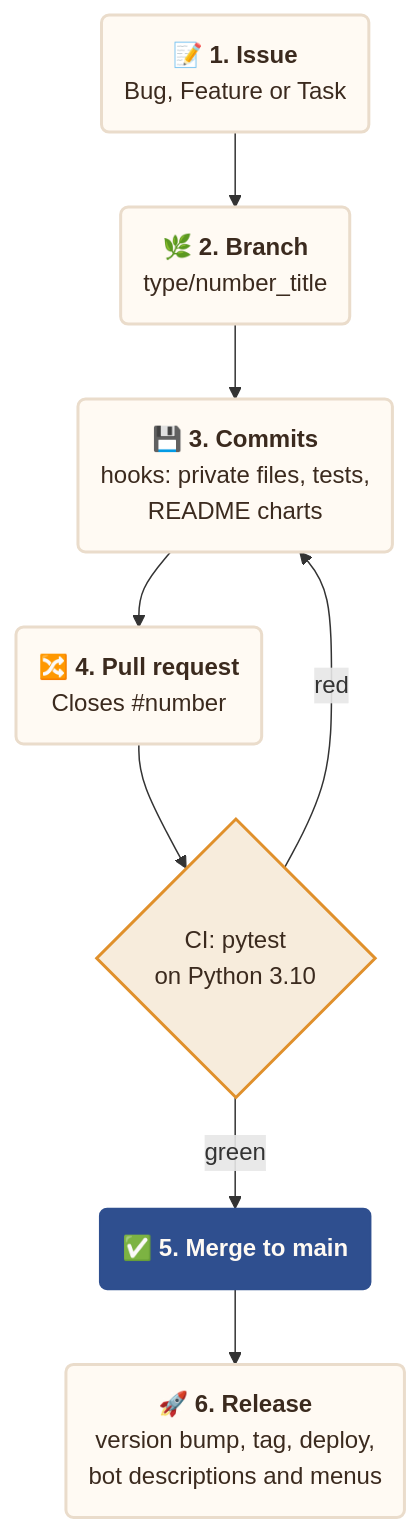
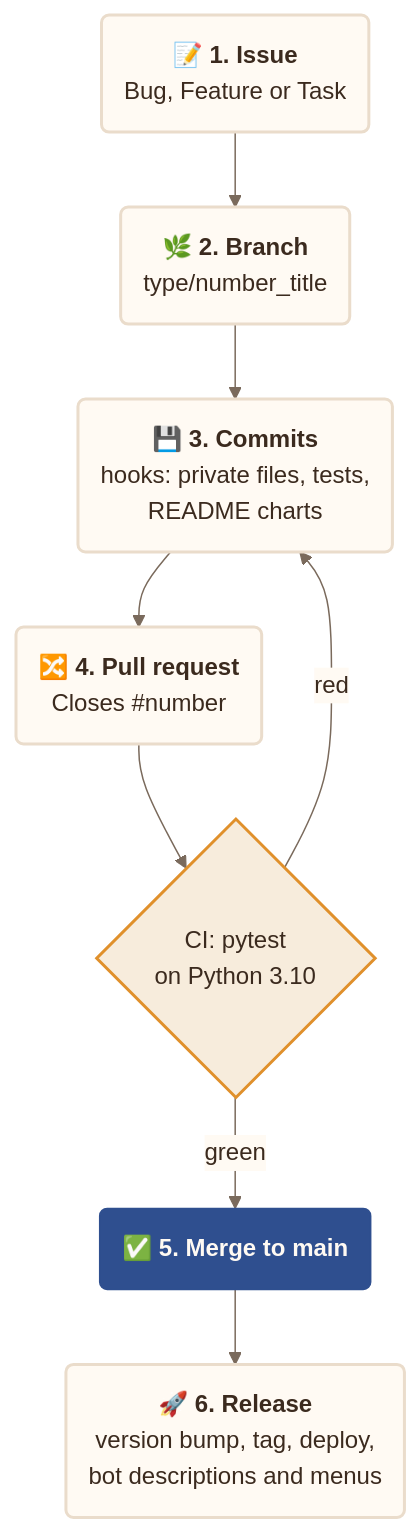
The diagram in CONTRIBUTING.md (francescoperrino/Caccometro), drawn with Mermaid before and after one commit. The commit also changed other lines of this file and 14 other files, not shown here.

Commit message:
Give every Mermaid diagram one style from tools/mermaid_style.py, with a title and a description (#204)

````diff
--- a/CONTRIBUTING.md
+++ b/CONTRIBUTING.md
@@ -58,23 +58,54 @@
 ```mermaid
+---
+config:
+  theme: base
+  themeVariables:
+    fontFamily: "Nunito, Segoe UI, Roboto, sans-serif"
+    primaryColor: "#fffaf3"
+    primaryTextColor: "#3b2a1e"
+    primaryBorderColor: "#eadccb"
+    secondaryColor: "#f7ecdc"
+    tertiaryColor: "#f3e4d0"
+    lineColor: "#7a6a5c"
+    textColor: "#3b2a1e"
+    edgeLabelBackground: "#fffaf3"
+    clusterBkg: "#f3e4d0"
+    clusterBorder: "#cbbca9"
+    titleColor: "#5c4f42"
+    noteBkgColor: "#f7ecdc"
+    noteTextColor: "#3b2a1e"
+    actorBkg: "#fffaf3"
+    actorBorder: "#5c4f42"
+    actorTextColor: "#3b2a1e"
+    signalColor: "#7a6a5c"
+    signalTextColor: "#3b2a1e"
+    labelBoxBkgColor: "#f3e4d0"
+    loopTextColor: "#3b2a1e"
+    sequenceNumberColor: "#fffaf3"
+    xyChart:
+      plotColorPalette: "#2f4f8f"
+---
 flowchart TD
+    accTitle: Workflow of a change
+    accDescr: From the issue to the release, branch, commits checked by the hooks, pull request with tests, review, merge and deploy
     issue("📝 <b>1. Issue</b><br/>Bug, Feature or Task")
     branch("🌿 <b>2. Branch</b><br/>type/number_title")
     commits("💾 <b>3. Commits</b><br/>hooks: private files, tests,<br/>README charts")
     pr("🔀 <b>4. Pull request</b><br/>Closes #number")
     ci{"CI: pytest<br/>on Python 3.10"}
     merge("✅ <b>5. Merge to main</b>")
     release("🚀 <b>6. Release</b><br/>version bump, tag, deploy,<br/>bot descriptions and menus")
     issue --> branch --> commits --> pr --> ci
     ci -->|"red"| commits
     ci -->|"green"| merge --> release
     classDef step fill:#fffaf3,stroke:#eadccb,stroke-width:2px,color:#3b2a1e
     classDef main fill:#2f4f8f,stroke:#2f4f8f,color:#fffaf3
     classDef person fill:#5c4f42,stroke:#5c4f42,color:#fffaf3
     classDef check fill:#f7ecdc,stroke:#e0902b,stroke-width:2px,color:#3b2a1e
     classDef detail fill:#f7ecdc,stroke:#eadccb,color:#3b2a1e
-    classDef alert fill:#e0902b,stroke:#e0902b,color:#fffaf3
+    classDef alert fill:#e0902b,stroke:#e0902b,color:#3b2a1e
     classDef stop fill:#f3e4d0,stroke:#cbbca9,stroke-dasharray:4 3,color:#7a6a5c
     class issue,branch,commits,pr,release step
     class merge main
     class ci check
 ```
````
